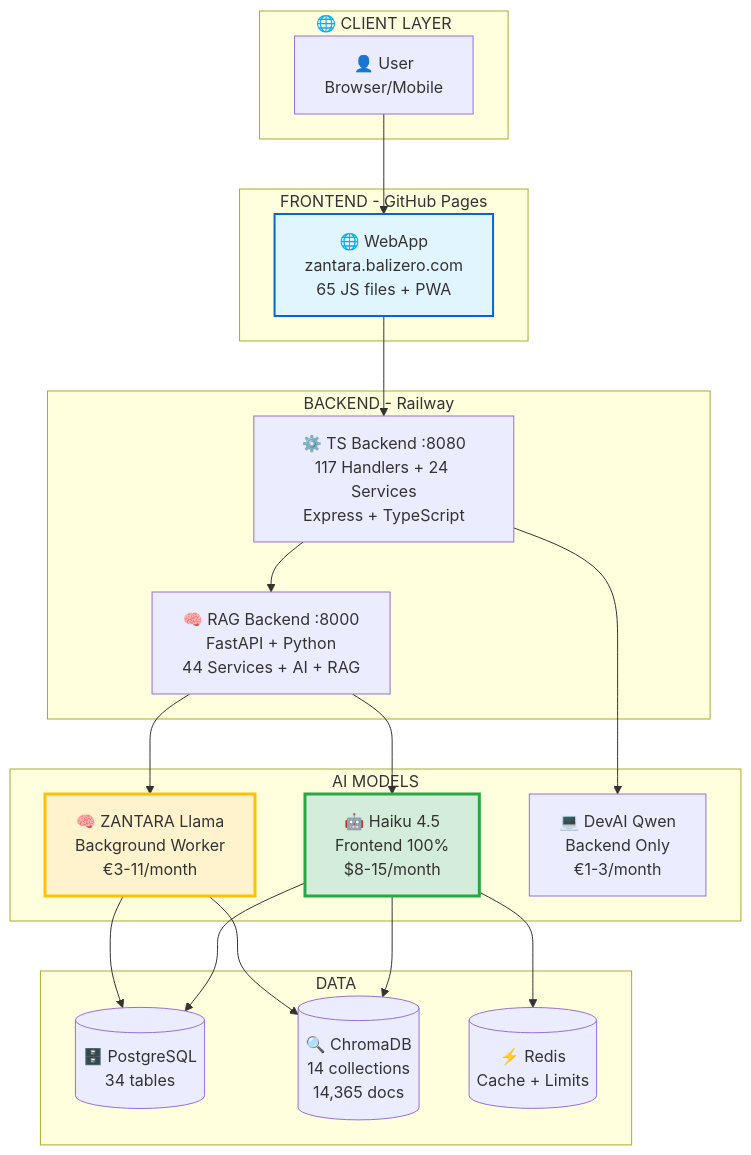
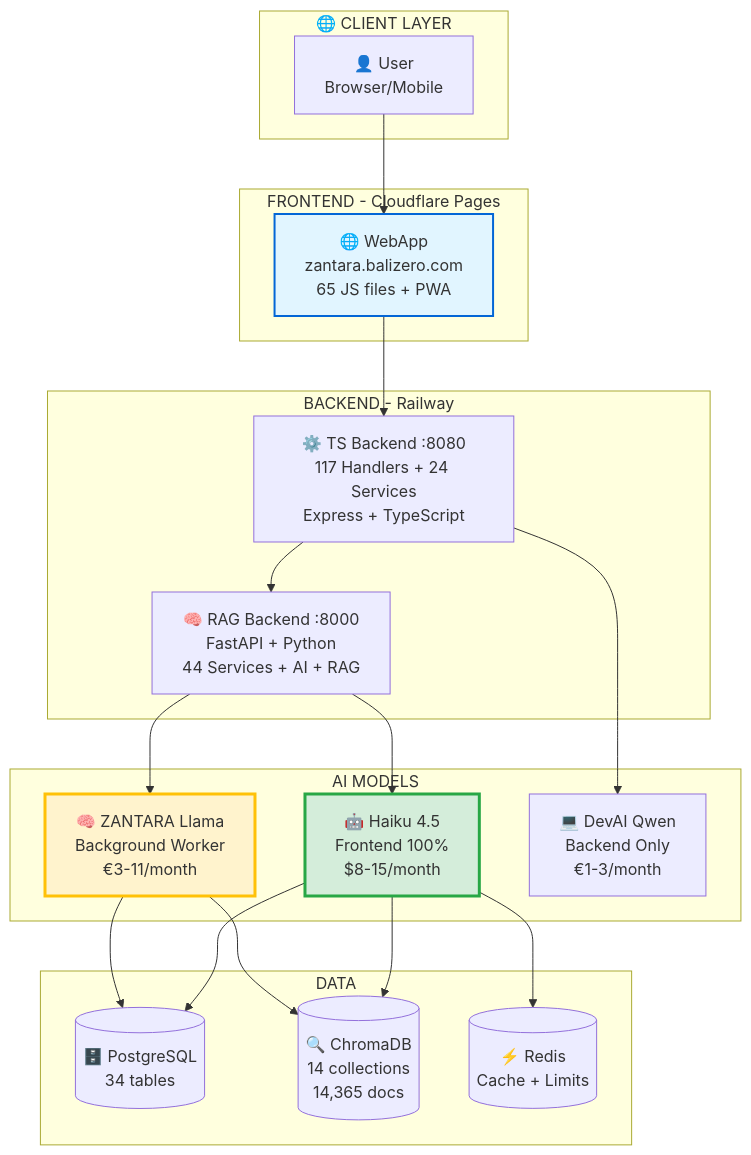
One commit to Balizero1987/nuzantara changed the first of 3 diagrams in docs/galaxy-map/01-system-overview.md. Above: the diagram before and after it, drawn with Mermaid. The commit also changed other lines of this file and 171 other files, not shown here.

First line of the commit message:
chore: Repository cleanup and Cloudflare Pages migration

````diff
--- a/docs/galaxy-map/01-system-overview.md
+++ b/docs/galaxy-map/01-system-overview.md
@@ -24,45 +24,45 @@
 ```mermaid
 graph TB
     subgraph "🌐 CLIENT LAYER"
         User[👤 User<br/>Browser/Mobile]
     end
     
-    subgraph "FRONTEND - GitHub Pages"
+    subgraph "FRONTEND - Cloudflare Pages"
         WebApp[🌐 WebApp<br/>zantara.balizero.com<br/>65 JS files + PWA]
     end
     
     subgraph "BACKEND - Railway"
         TS[⚙️ TS Backend :8080<br/>117 Handlers + 24 Services<br/>Express + TypeScript]
         RAG[🧠 RAG Backend :8000<br/>FastAPI + Python<br/>44 Services + AI + RAG]
     end
     
     subgraph "AI MODELS"
         Haiku[🤖 Haiku 4.5<br/>Frontend 100%<br/>$8-15/month]
         Llama[🧠 ZANTARA Llama<br/>Background Worker<br/>€3-11/month]
         DevAI[💻 DevAI Qwen<br/>Backend Only<br/>€1-3/month]
     end
     
     subgraph "DATA"
         PG[(🗄️ PostgreSQL<br/>34 tables)]
         Chroma[(🔍 ChromaDB<br/>14 collections<br/>14,365 docs)]
         Redis[(⚡ Redis<br/>Cache + Limits)]
     end
     
     User --> WebApp
     WebApp --> TS
     TS --> RAG
     RAG --> Haiku
     RAG --> Llama
     TS --> DevAI
     
     Haiku --> Chroma
     Haiku --> PG
     Haiku --> Redis
     
     Llama --> Chroma
     Llama --> PG
     
     style Haiku fill:#d4edda,stroke:#28a745,stroke-width:3px
     style Llama fill:#fff3cd,stroke:#ffc107,stroke-width:3px
     style WebApp fill:#e1f5ff,stroke:#0366d6,stroke-width:2px
 ```
````
